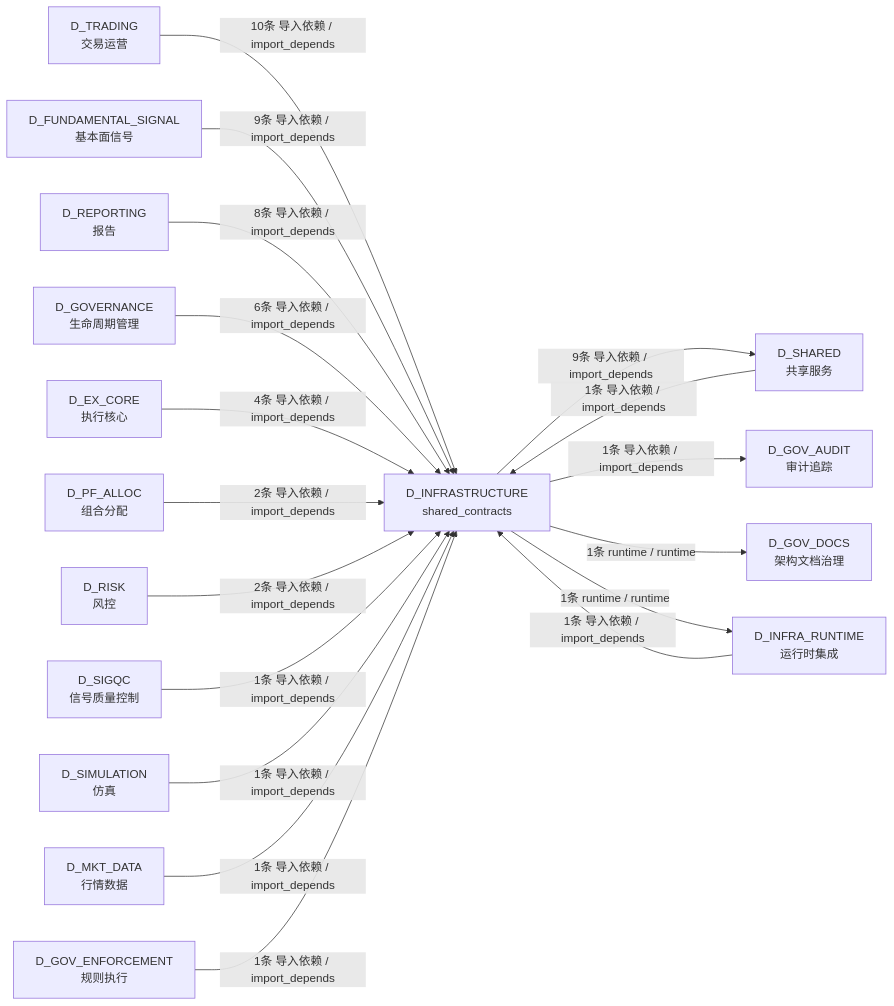
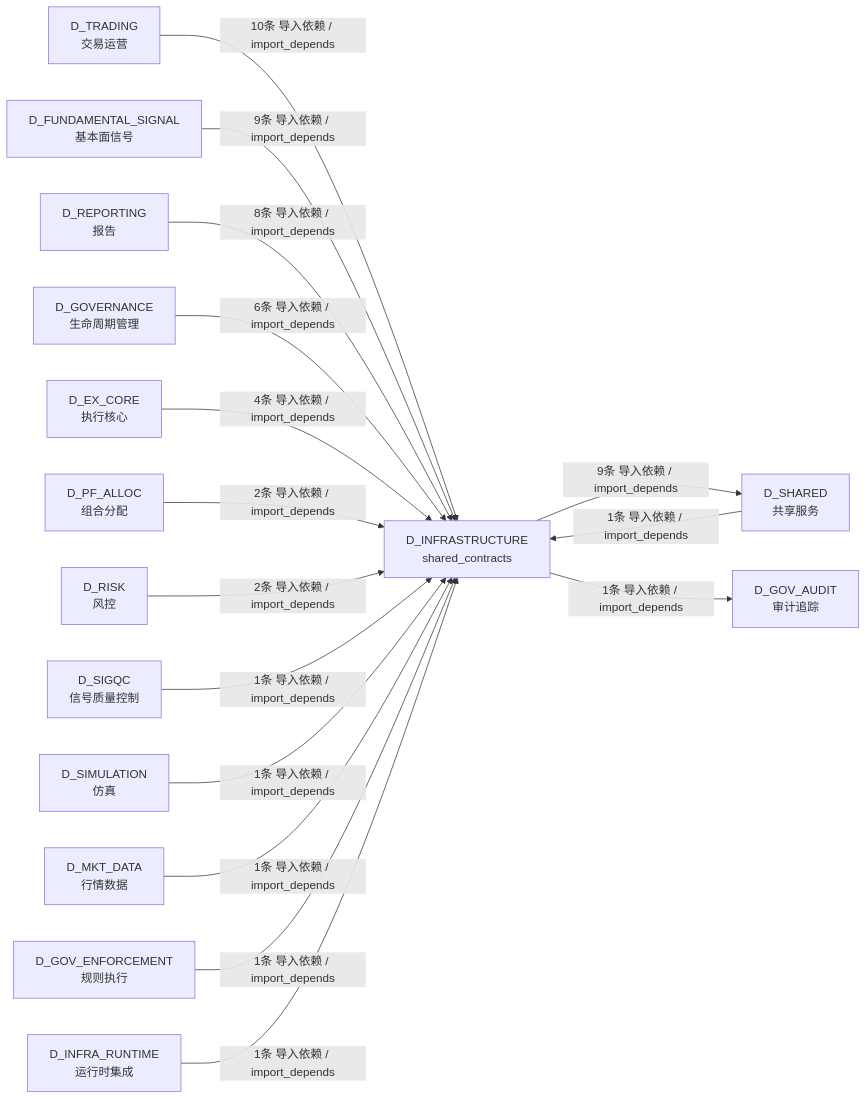
Before and after one commit to xuanFelixVan/ZephyrAlpha: the fourth of 4 diagrams in docs/02_enterprise_architecture/02_domain_architecture_docs/62_d_infrastructure.md, drawn with Mermaid. The commit also changed other lines of this file and 102 other files, not shown here.

````diff
--- a/docs/02_enterprise_architecture/02_domain_architecture_docs/62_d_infrastructure.md
+++ b/docs/02_enterprise_architecture/02_domain_architecture_docs/62_d_infrastructure.md
@@ -367,36 +356,33 @@
 ```mermaid
 graph LR
     D_INFRASTRUCTURE["D_INFRASTRUCTURE<br/>shared_contracts"]
     D_SHARED["D_SHARED<br/>共享服务"]
     D_GOV_AUDIT["D_GOV_AUDIT<br/>审计追踪"]
-    D_GOV_DOCS["D_GOV_DOCS<br/>架构文档治理"]
-    D_INFRA_RUNTIME["D_INFRA_RUNTIME<br/>运行时集成"]
     D_TRADING["D_TRADING<br/>交易运营"]
     D_FUNDAMENTAL_SIGNAL["D_FUNDAMENTAL_SIGNAL<br/>基本面信号"]
     D_REPORTING["D_REPORTING<br/>报告"]
     D_GOVERNANCE["D_GOVERNANCE<br/>生命周期管理"]
     D_EX_CORE["D_EX_CORE<br/>执行核心"]
     D_PF_ALLOC["D_PF_ALLOC<br/>组合分配"]
     D_RISK["D_RISK<br/>风控"]
     D_SIGQC["D_SIGQC<br/>信号质量控制"]
     D_SIMULATION["D_SIMULATION<br/>仿真"]
     D_MKT_DATA["D_MKT_DATA<br/>行情数据"]
     D_GOV_ENFORCEMENT["D_GOV_ENFORCEMENT<br/>规则执行"]
+    D_INFRA_RUNTIME["D_INFRA_RUNTIME<br/>运行时集成"]
     D_INFRASTRUCTURE -->|9条 导入依赖 / import_depends| D_SHARED
     D_INFRASTRUCTURE -->|1条 导入依赖 / import_depends| D_GOV_AUDIT
-    D_INFRASTRUCTURE -->|1条 runtime / runtime| D_GOV_DOCS
-    D_INFRASTRUCTURE -->|1条 runtime / runtime| D_INFRA_RUNTIME
     D_TRADING -->|10条 导入依赖 / import_depends| D_INFRASTRUCTURE
     D_FUNDAMENTAL_SIGNAL -->|9条 导入依赖 / import_depends| D_INFRASTRUCTURE
     D_REPORTING -->|8条 导入依赖 / import_depends| D_INFRASTRUCTURE
     D_GOVERNANCE -->|6条 导入依赖 / import_depends| D_INFRASTRUCTURE
     D_EX_CORE -->|4条 导入依赖 / import_depends| D_INFRASTRUCTURE
     D_PF_ALLOC -->|2条 导入依赖 / import_depends| D_INFRASTRUCTURE
     D_RISK -->|2条 导入依赖 / import_depends| D_INFRASTRUCTURE
     D_SHARED -->|1条 导入依赖 / import_depends| D_INFRASTRUCTURE
     D_SIGQC -->|1条 导入依赖 / import_depends| D_INFRASTRUCTURE
     D_SIMULATION -->|1条 导入依赖 / import_depends| D_INFRASTRUCTURE
     D_MKT_DATA -->|1条 导入依赖 / import_depends| D_INFRASTRUCTURE
     D_GOV_ENFORCEMENT -->|1条 导入依赖 / import_depends| D_INFRASTRUCTURE
     D_INFRA_RUNTIME -->|1条 导入依赖 / import_depends| D_INFRASTRUCTURE
 ```
````
